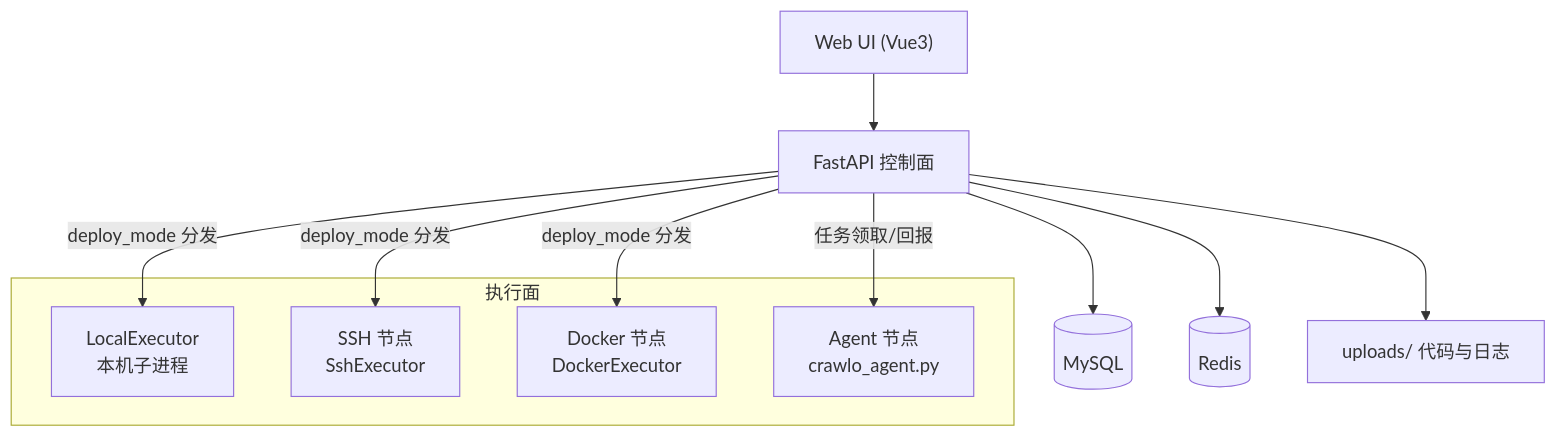
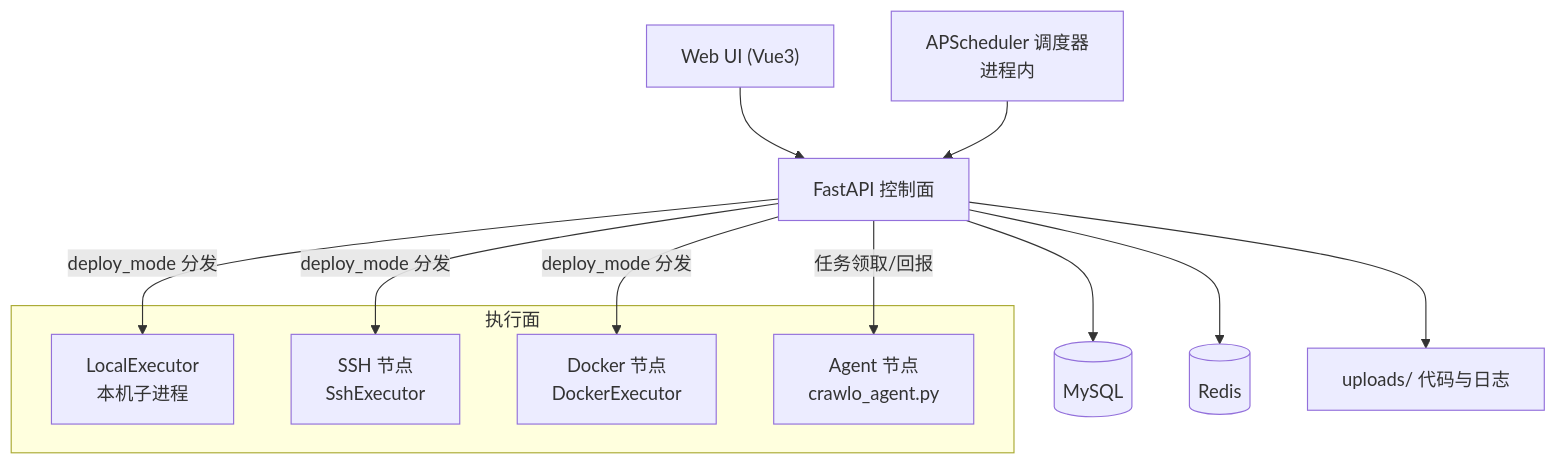
The first of 2 diagrams in README.md (crawl-coder/CrawloPilot), drawn with Mermaid before and after one commit. The commit also changed other lines of this file and 1 other file, not shown here.

````diff
--- a/README.md
+++ b/README.md
@@ -254,19 +44,20 @@
 ```mermaid
 flowchart TB
     UI["Web UI (Vue3)"] --> API[FastAPI 控制面]
     API --> DB[(MySQL)]
     API --> RD[(Redis)]
     API --> FS[uploads/ 代码与日志]
+    SCH[APScheduler 调度器<br/>进程内] --> API
 
     subgraph 执行面
         LOCAL[LocalExecutor<br/>本机子进程]
         SSH[SSH 节点<br/>SshExecutor]
         DOCKER[Docker 节点<br/>DockerExecutor]
         AGENT[Agent 节点<br/>crawlo_agent.py]
     end
 
     API -- deploy_mode 分发 --> LOCAL
     API -- deploy_mode 分发 --> SSH
     API -- deploy_mode 分发 --> DOCKER
     API -- 任务领取/回报 --> AGENT
 ```
````
